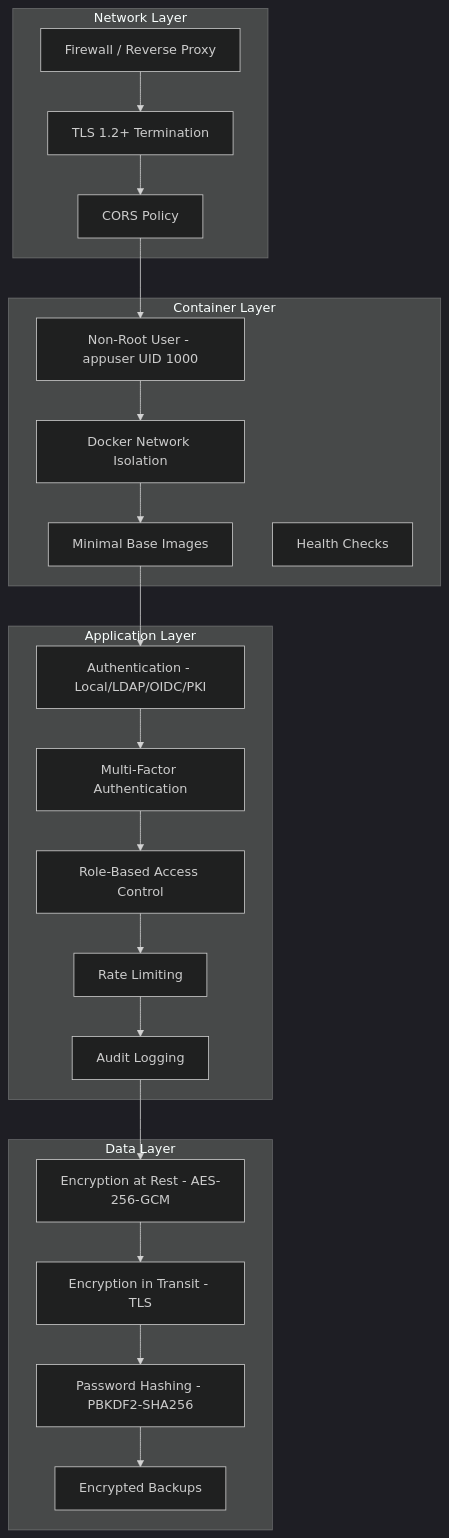
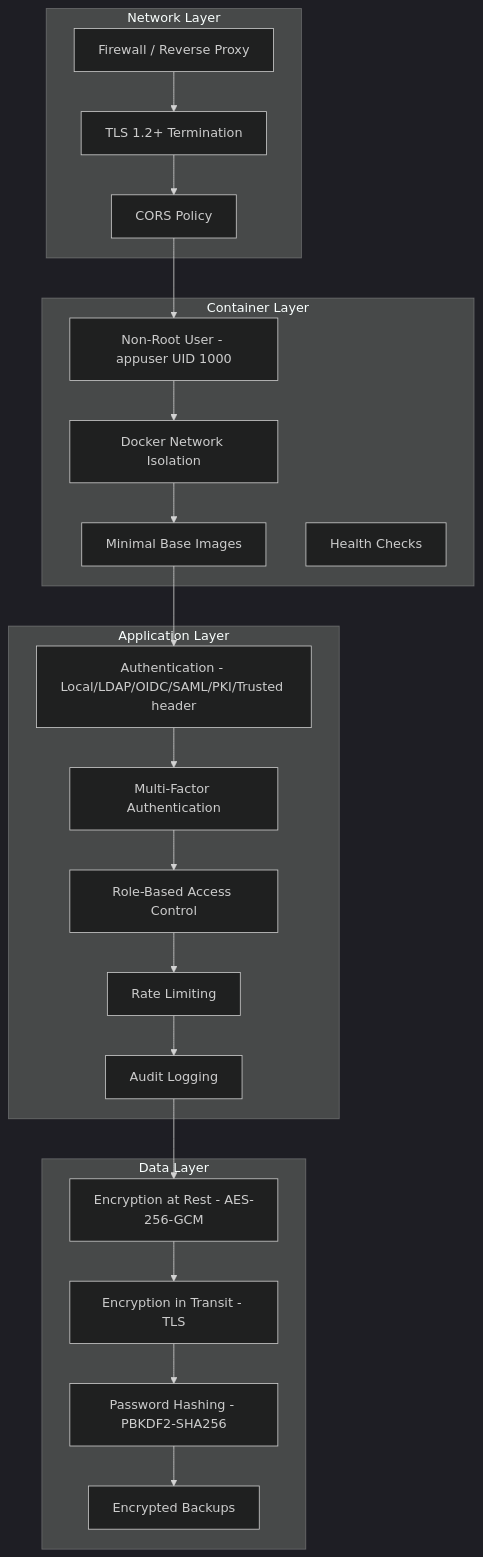
Before and after one commit to attevon-llc/OpenTranscribe: the diagram in docs-site/docs/operations/security-hardening.md, drawn with Mermaid (dark theme). The commit also changed other lines of this file and 1 other file, not shown here.

````diff
--- a/docs-site/docs/operations/security-hardening.md
+++ b/docs-site/docs/operations/security-hardening.md
@@ -13,34 +13,34 @@
 ```mermaid
 graph TB
     subgraph Network["Network Layer"]
         FW[Firewall / Reverse Proxy]
         TLS[TLS 1.2+ Termination]
         CORS[CORS Policy]
     end
 
     subgraph Container["Container Layer"]
         NR[Non-Root User - appuser UID 1000]
         ISO[Docker Network Isolation]
         IMG[Minimal Base Images]
         HC[Health Checks]
     end
 
     subgraph Application["Application Layer"]
-        AUTH[Authentication - Local/LDAP/OIDC/PKI]
+        AUTH[Authentication - Local/LDAP/OIDC/SAML/PKI/Trusted header]
         MFA[Multi-Factor Authentication]
         RBAC[Role-Based Access Control]
         RL[Rate Limiting]
         AUDIT[Audit Logging]
     end
 
     subgraph Data["Data Layer"]
         EAR[Encryption at Rest - AES-256-GCM]
         EIT[Encryption in Transit - TLS]
         HASH[Password Hashing - PBKDF2-SHA256]
         BACKUP[Encrypted Backups]
     end
 
     FW --> TLS --> CORS --> NR --> ISO --> IMG
     IMG --> AUTH --> MFA --> RBAC --> RL --> AUDIT
     AUDIT --> EAR --> EIT --> HASH --> BACKUP
 ```
````
